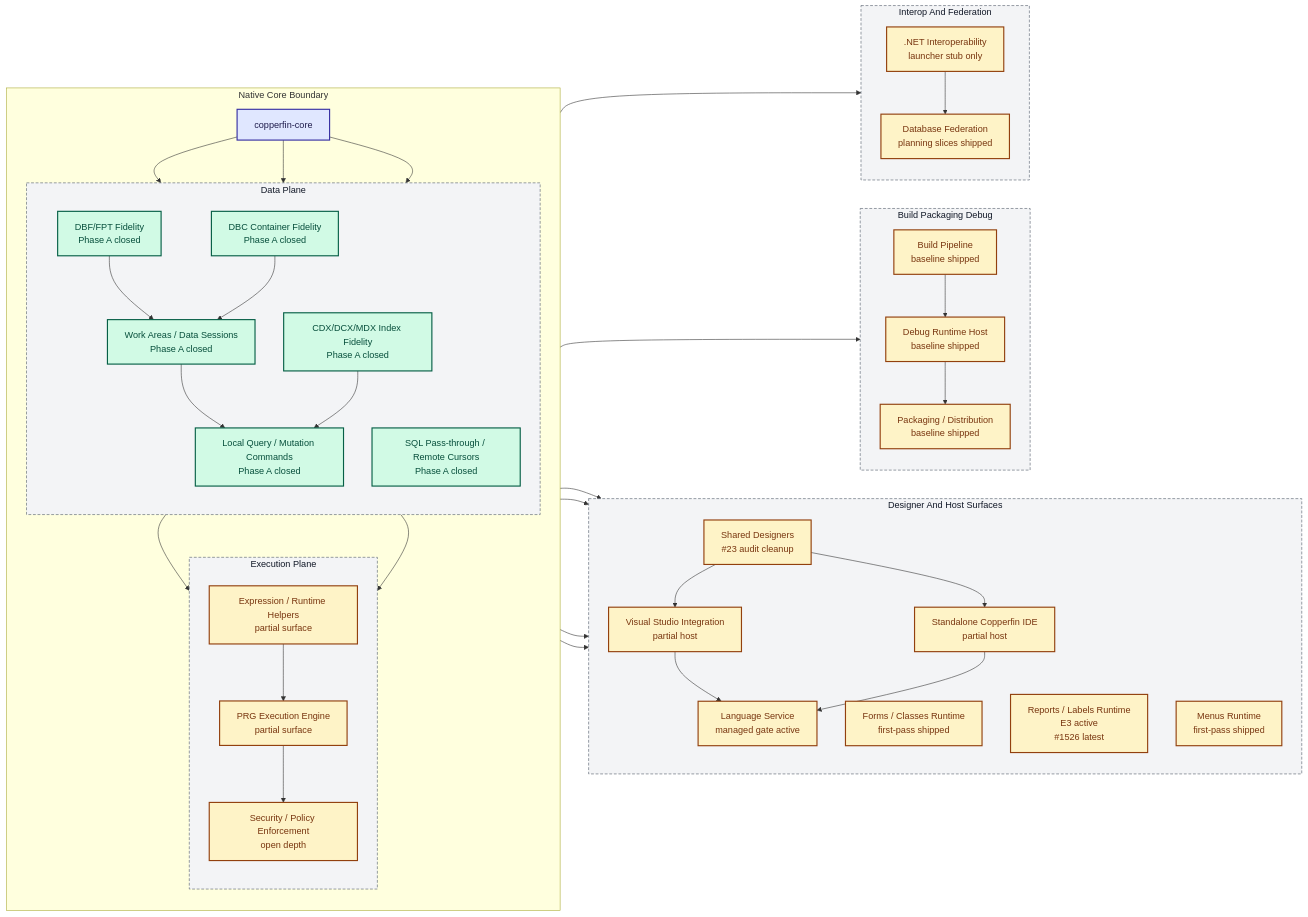
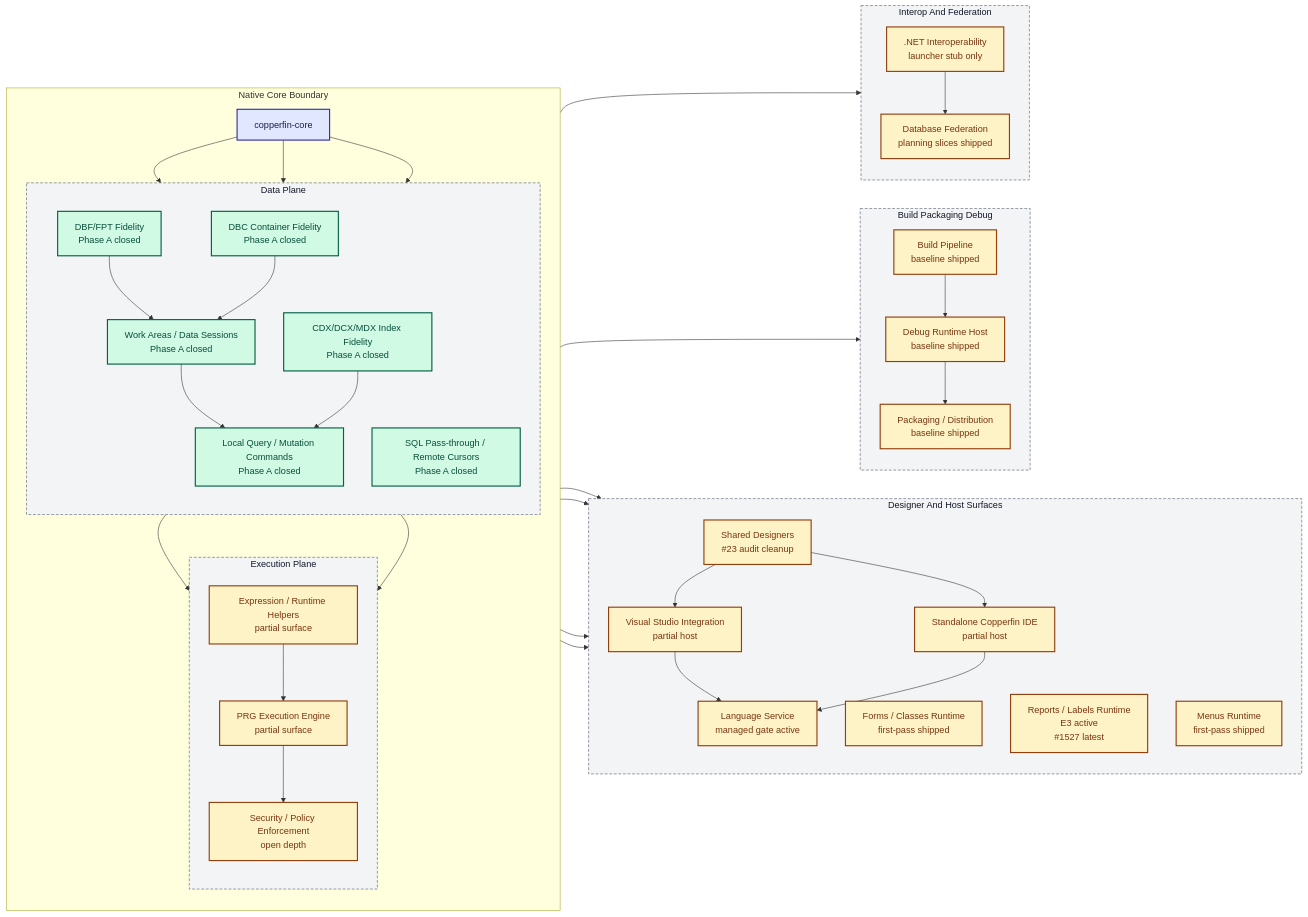
Before and after one commit to rhamenator/Project-Copperfin: the diagram in docs/02-architecture.md, drawn with Mermaid. The commit also changed 7 other files, not shown here.

```diff
--- a/docs/02-architecture.md
+++ b/docs/02-architecture.md
@@ -36,7 +36,7 @@
         direction TB
         DES["Shared Designers<br/>#23 audit cleanup"]
         FORMS["Forms / Classes Runtime<br/>first-pass shipped"]
-        RPT["Reports / Labels Runtime<br/>E3 active<br/>#1526 latest"]
+        RPT["Reports / Labels Runtime<br/>E3 active<br/>#1527 latest"]
         MENU["Menus Runtime<br/>first-pass shipped"]
         VS["Visual Studio Integration<br/>partial host"]
         IDE["Standalone Copperfin IDE<br/>partial host"]
```
